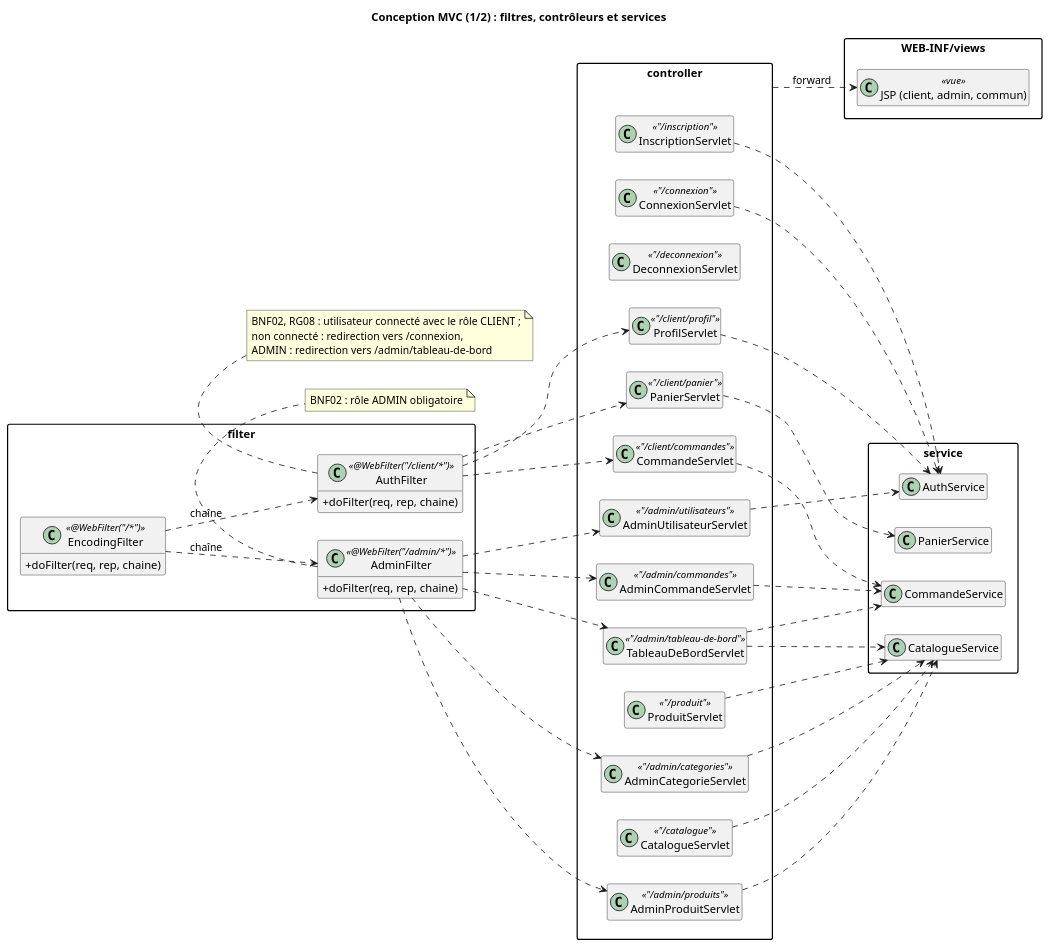
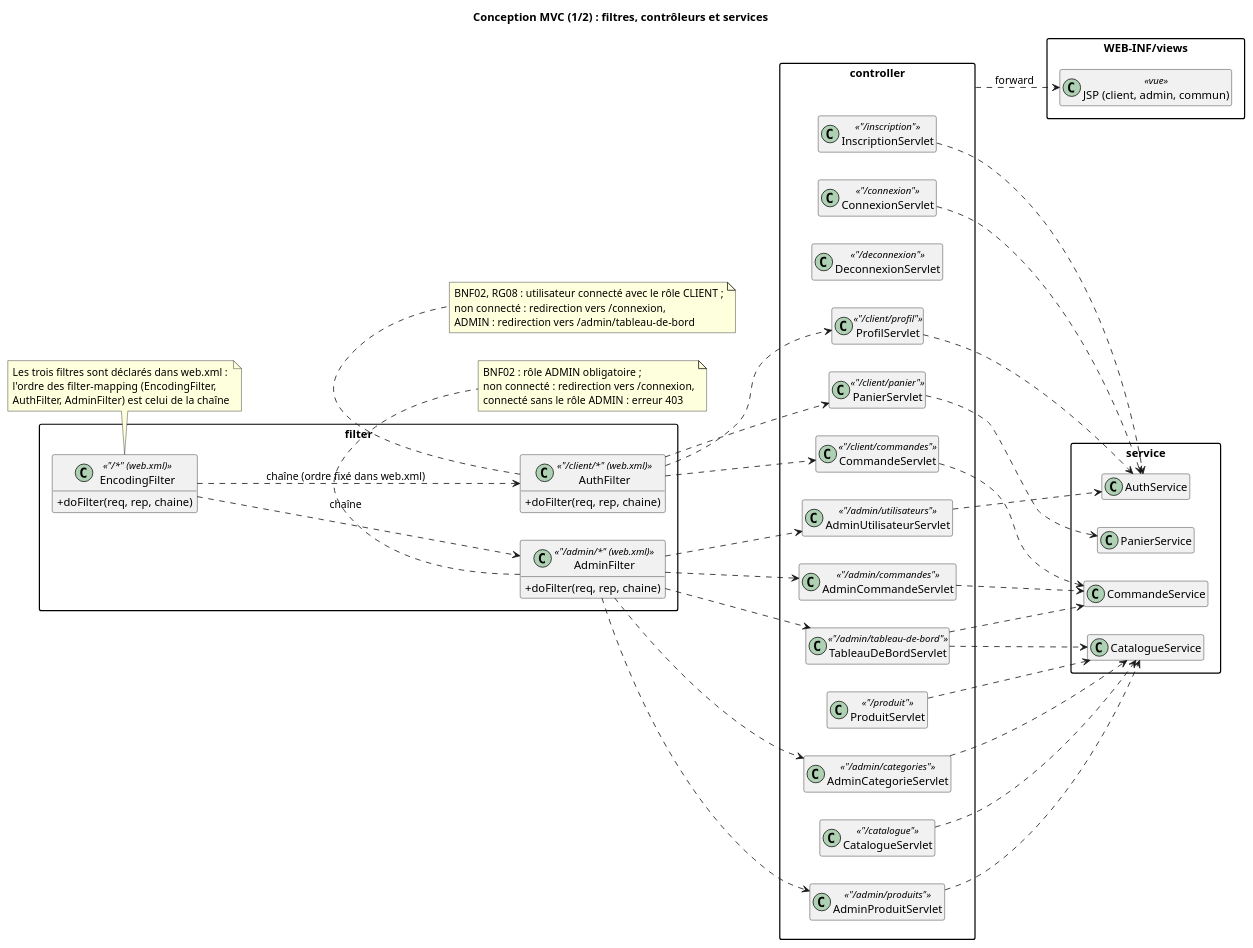
The diagram in docs/uml/classes-conception-web.puml (unk-user/Boutique-JEE), drawn with PlantUML before and after one commit. The commit also changed 5 other files, not shown here.

Commit message:
fix: ordre des filtres garanti par web.xml (EncodingFilter en premier)

```diff
--- a/docs/uml/classes-conception-web.puml
+++ b/docs/uml/classes-conception-web.puml
@@ -1,83 +1,90 @@
 @startuml classes-conception-web
 title Conception MVC (1/2) : filtres, contrôleurs et services
 skinparam classAttributeIconSize 0
 skinparam packageStyle rectangle
 hide empty members
 left to right direction
 
 package "filter" {
-  class EncodingFilter <<@WebFilter("/*")>> {
+  class EncodingFilter <<"/*" (web.xml)>> {
     + doFilter(req, rep, chaine)
   }
-  class AuthFilter <<@WebFilter("/client/*")>> {
+  class AuthFilter <<"/client/*" (web.xml)>> {
     + doFilter(req, rep, chaine)
   }
-  class AdminFilter <<@WebFilter("/admin/*")>> {
+  class AdminFilter <<"/admin/*" (web.xml)>> {
     + doFilter(req, rep, chaine)
   }
 }
 
 package "controller" {
   class InscriptionServlet <<"/inscription">>
   class ConnexionServlet <<"/connexion">>
   class DeconnexionServlet <<"/deconnexion">>
   class CatalogueServlet <<"/catalogue">>
   class ProduitServlet <<"/produit">>
   class ProfilServlet <<"/client/profil">>
   class PanierServlet <<"/client/panier">>
   class CommandeServlet <<"/client/commandes">>
   class AdminCategorieServlet <<"/admin/categories">>
   class AdminProduitServlet <<"/admin/produits">>
   class AdminCommandeServlet <<"/admin/commandes">>
   class AdminUtilisateurServlet <<"/admin/utilisateurs">>
   class TableauDeBordServlet <<"/admin/tableau-de-bord">>
 }
 
 package "service" {
   class AuthService
   class CatalogueService
   class PanierService
   class CommandeService
 }
 
 package "WEB-INF/views" {
   class "JSP (client, admin, commun)" as JSP <<vue>>
 }
 
-EncodingFilter ..> AuthFilter : chaîne
+EncodingFilter ..> AuthFilter : chaîne (ordre fixé dans web.xml)
 EncodingFilter ..> AdminFilter : chaîne
 AuthFilter ..> ProfilServlet
 AuthFilter ..> PanierServlet
 AuthFilter ..> CommandeServlet
 AdminFilter ..> AdminCategorieServlet
 AdminFilter ..> AdminProduitServlet
 AdminFilter ..> AdminCommandeServlet
 AdminFilter ..> AdminUtilisateurServlet
 AdminFilter ..> TableauDeBordServlet
 
 ' Contrôleurs -> services
 InscriptionServlet ..> AuthService
 ConnexionServlet ..> AuthService
 ProfilServlet ..> AuthService
 AdminUtilisateurServlet ..> AuthService
 CatalogueServlet ..> CatalogueService
 ProduitServlet ..> CatalogueService
 AdminCategorieServlet ..> CatalogueService
 AdminProduitServlet ..> CatalogueService
 PanierServlet ..> PanierService
 CommandeServlet ..> CommandeService
 AdminCommandeServlet ..> CommandeService
 TableauDeBordServlet ..> CommandeService
 TableauDeBordServlet ..> CatalogueService
 
 controller ..> JSP : forward
 
 note bottom of AuthFilter
   BNF02, RG08 : utilisateur connecté avec le rôle CLIENT ;
   non connecté : redirection vers /connexion,
   ADMIN : redirection vers /admin/tableau-de-bord
 end note
 note bottom of AdminFilter
-  BNF02 : rôle ADMIN obligatoire
+  BNF02 : rôle ADMIN obligatoire ;
+  non connecté : redirection vers /connexion,
+  connecté sans le rôle ADMIN : erreur 403
+end note
+note bottom of EncodingFilter
+  Les trois filtres sont déclarés dans web.xml :
+  l'ordre des filter-mapping (EncodingFilter,
+  AuthFilter, AdminFilter) est celui de la chaîne
 end note
 @enduml
```
